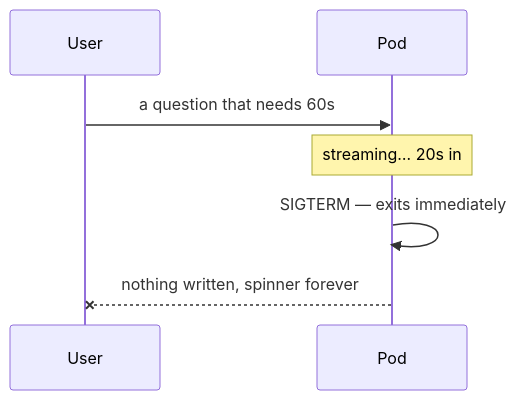
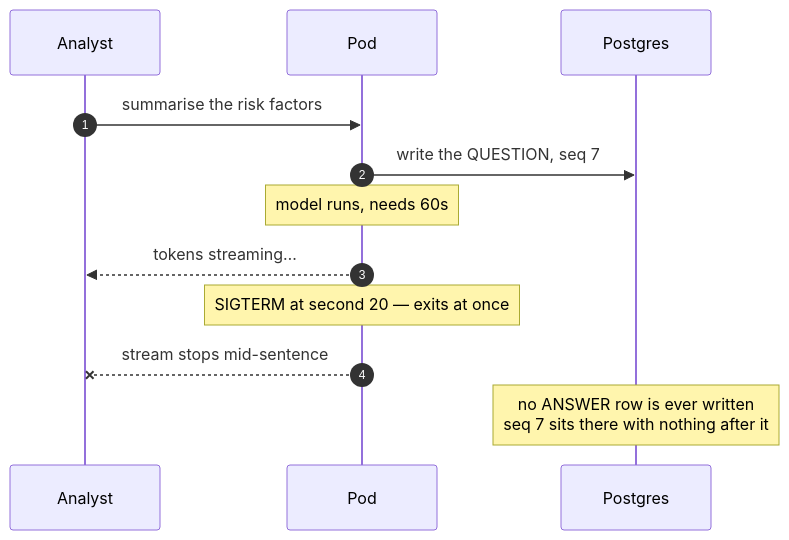
One commit to selvakumarperumal/Corporate_Filing_Analyzer_Agent changed the fifth of 17 diagrams in docs/TESTING-SCALING.md. Above: the diagram before and after it, drawn with Mermaid. The commit also changed other lines of this file, not shown here.

Commit message:
docs: enrich scaling test breakdowns with detailed sequence flows, SQL examples, and negative test rigs

````diff
--- a/docs/TESTING-SCALING.md
+++ b/docs/TESTING-SCALING.md
@@ -265,9 +380,14 @@
 ```mermaid
 sequenceDiagram
-  participant U as User
+  autonumber
+  participant U as Analyst
   participant P as Pod
-  U->>P: a question that needs 60s
-  Note over P: streaming… 20s in
-  P->>P: SIGTERM — exits immediately
-  P--xU: nothing written, spinner forever
+  participant DB as Postgres
+  U->>P: summarise the risk factors
+  P->>DB: write the QUESTION, seq 7
+  Note over P: model runs, needs 60s
+  P-->>U: tokens streaming…
+  Note over P: SIGTERM at second 20 — exits at once
+  P--xU: stream stops mid-sentence
+  Note over DB: no ANSWER row is ever written<br/>seq 7 sits there with nothing after it
 ```
````
